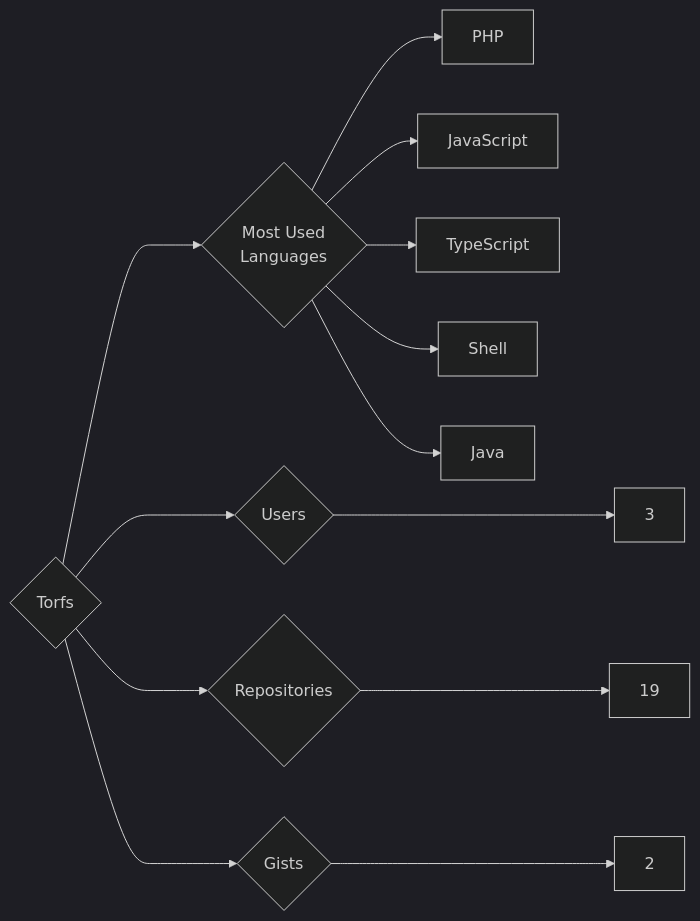
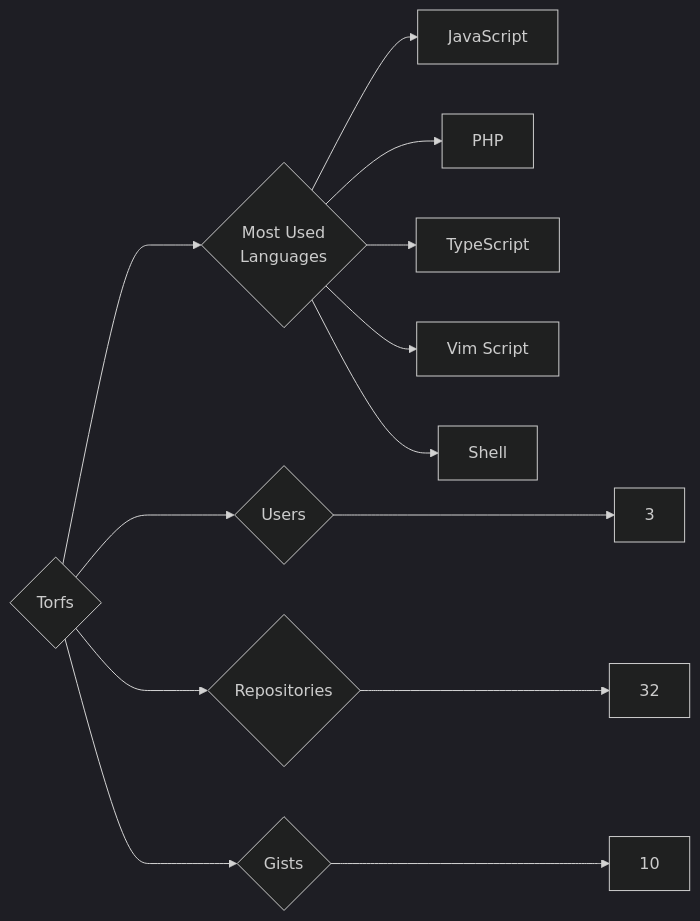
The diagram in targets/Torfs/README.md (trickest/insiders), drawn with Mermaid (dark theme) before and after one commit. The commit also changed 1484 other files, not shown here.

````diff
--- a/targets/Torfs/README.md
+++ b/targets/Torfs/README.md
@@ -3,13 +3,13 @@
 ```mermaid
 graph LR
 COMPANY_NAME{Torfs}
 COMPANY_NAME ---> U{Users} ---> UN[3]
-COMPANY_NAME ---> R{Repositories} ---> RN[19]
-COMPANY_NAME ---> G{Gists} ---> GN[2]
+COMPANY_NAME ---> R{Repositories} ---> RN[32]
+COMPANY_NAME ---> G{Gists} ---> GN[10]
 COMPANY_NAME ---> ML{Most Used<br>Languages}
+ML --> JavaScript[JavaScript]
 ML --> PHP[PHP]
-ML --> JavaScript[JavaScript]
 ML --> TypeScript[TypeScript]
+ML --> Vim_Script[Vim Script]
 ML --> Shell[Shell]
-ML --> Java[Java]
 ```
````
